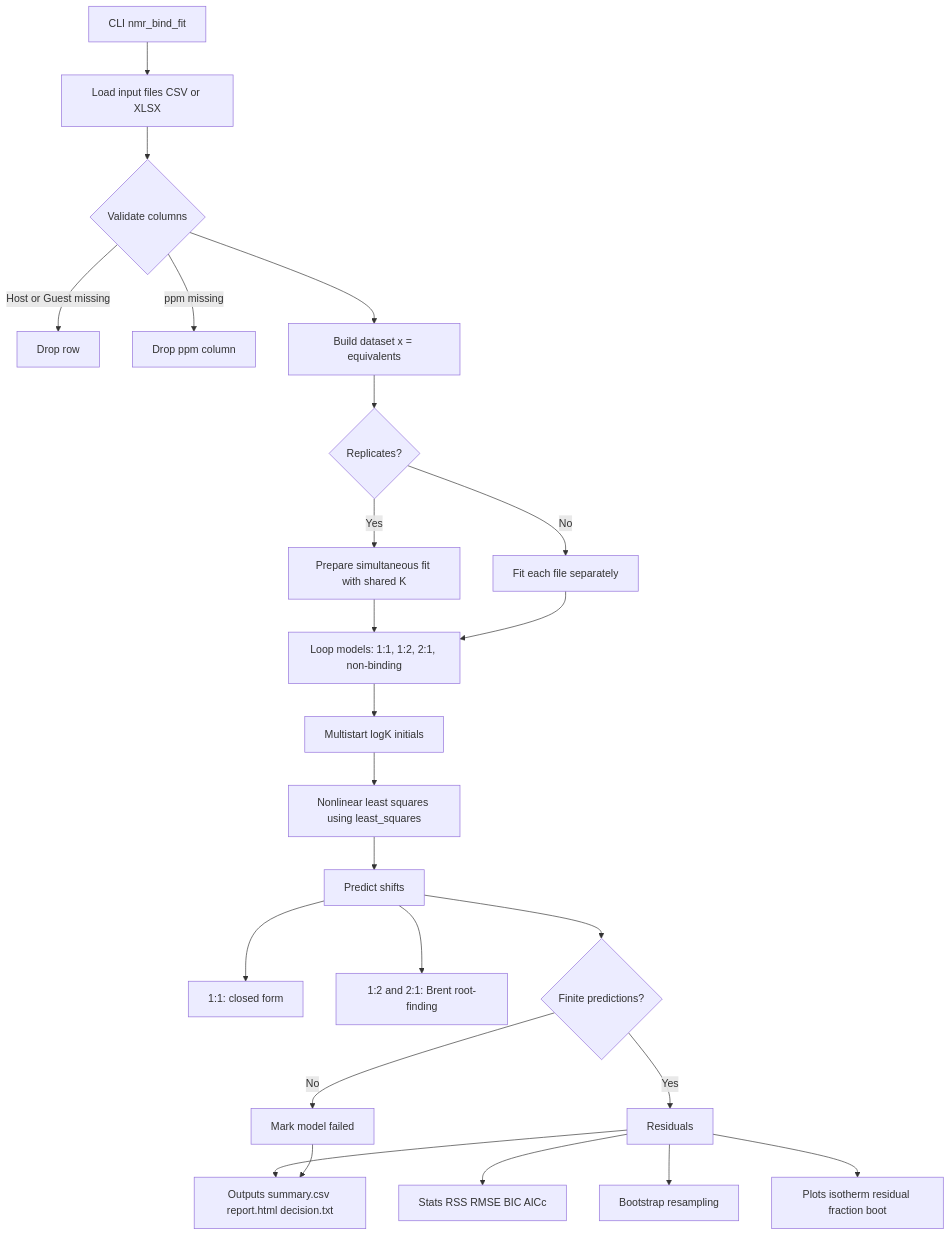
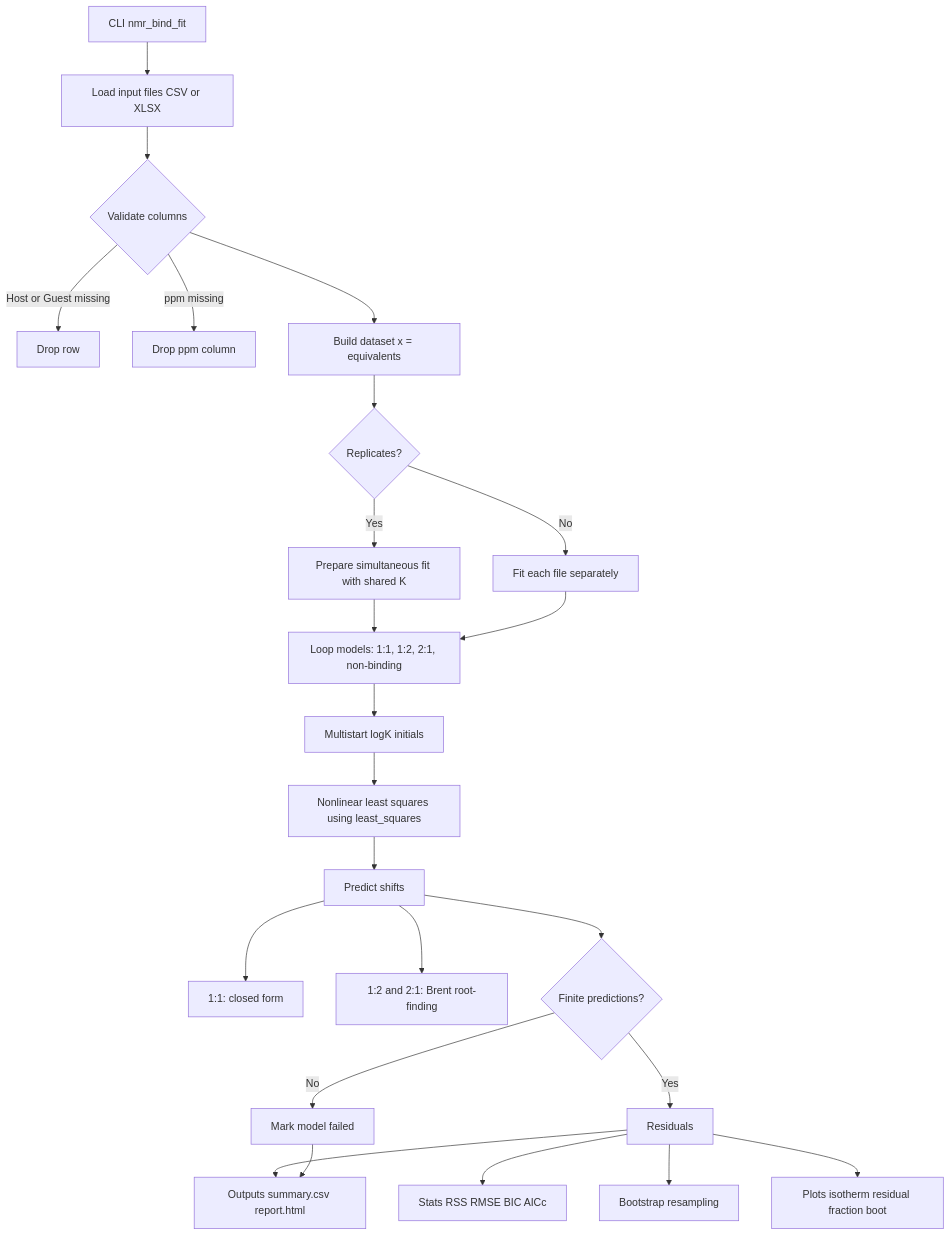
One commit to dhsohn/nmr_bind_fit changed the diagram in README.md. Above: the diagram before and after it, drawn with Mermaid. The commit also changed other lines of this file and 10 other files, not shown here.

First line of the commit message:
Stop writing decision.txt and the summary notes column

````diff
--- a/README.md
+++ b/README.md
@@ -132,31 +131,31 @@
 ```mermaid
 flowchart TD
     A[CLI nmr_bind_fit] --> B[Load input files CSV or XLSX]
     B --> C{Validate columns}
     C -->|Host or Guest missing| C1[Drop row]
     C -->|ppm missing| C2[Drop ppm column]
     C --> D[Build dataset x = equivalents]
 
     D --> E{Replicates?}
     E -->|Yes| F[Prepare simultaneous fit with shared K]
     E -->|No| G[Fit each file separately]
 
     F --> H[Loop models: 1:1, 1:2, 2:1, non-binding]
     G --> H
 
     H --> I[Multistart logK initials]
     I --> J[Nonlinear least squares using least_squares]
     J --> K[Predict shifts]
     K --> K1[1:1: closed form]
     K --> K2[1:2 and 2:1: Brent root-finding]
     K --> L{Finite predictions?}
     L -->|No| L1[Mark model failed]
     L -->|Yes| M[Residuals]
 
     M --> N[Stats RSS RMSE BIC AICc]
     M --> O[Bootstrap resampling]
     M --> P[Plots isotherm residual fraction boot]
-    M --> Q[Outputs summary.csv report.html decision.txt]
+    M --> Q[Outputs summary.csv report.html]
 
     L1 --> Q
 ```
````
